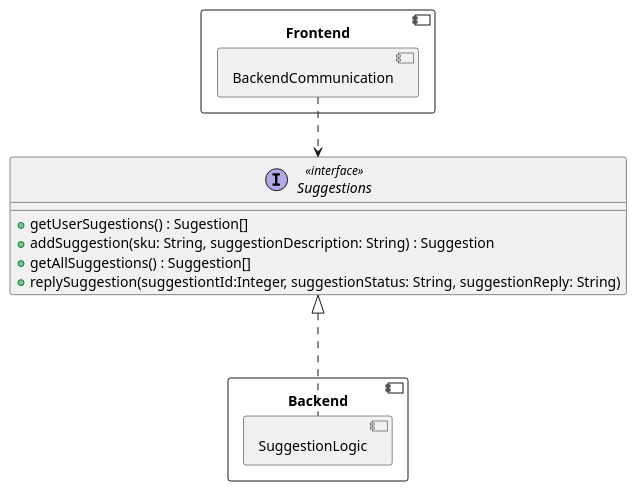
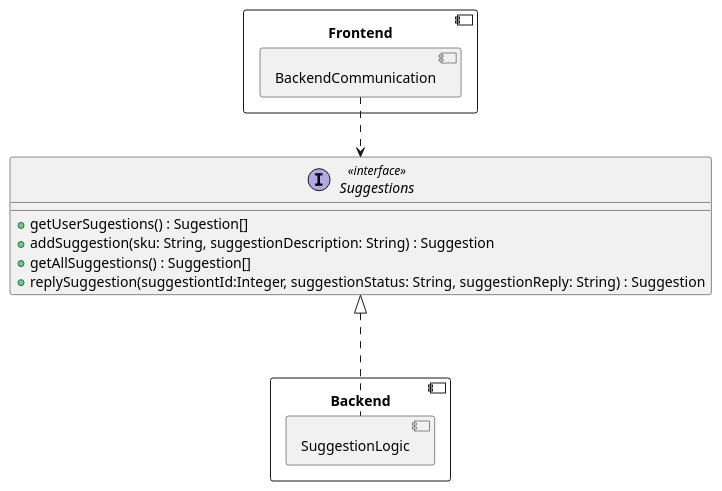
One commit to RadekBucki/OpinionCollectorArchitecture changed the fifth of 7 diagrams in frontend/BackendCommunication.md. Above: the diagram before and after it, drawn with PlantUML. The commit also changed 1 other file, not shown here.

Commit message:
Suggestion diagram and some fixes

````diff
--- a/frontend/BackendCommunication.md
+++ b/frontend/BackendCommunication.md
@@ -129,23 +129,23 @@
 ```plantuml
 @startuml
 component Frontend {
     component BackendCommunication {
     }
 }
 
 component Backend {
     component SuggestionLogic {
     }
 }
 interface Suggestions <<interface>> {
     + getUserSugestions() : Sugestion[]
     + addSuggestion(sku: String, suggestionDescription: String) : Suggestion
     + getAllSuggestions() : Suggestion[]
-    + replySuggestion(suggestiontId:Integer, suggestionStatus: String, suggestionReply: String)
+    + replySuggestion(suggestiontId:Integer, suggestionStatus: String, suggestionReply: String) : Suggestion
 }
 
 BackendCommunication ..>   Suggestions
 Suggestions          <|... SuggestionLogic
 
 @enduml 
 ```
````
